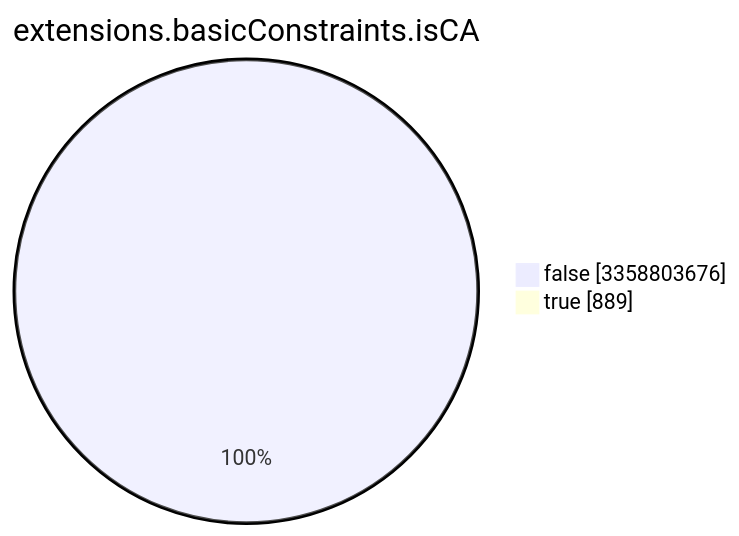
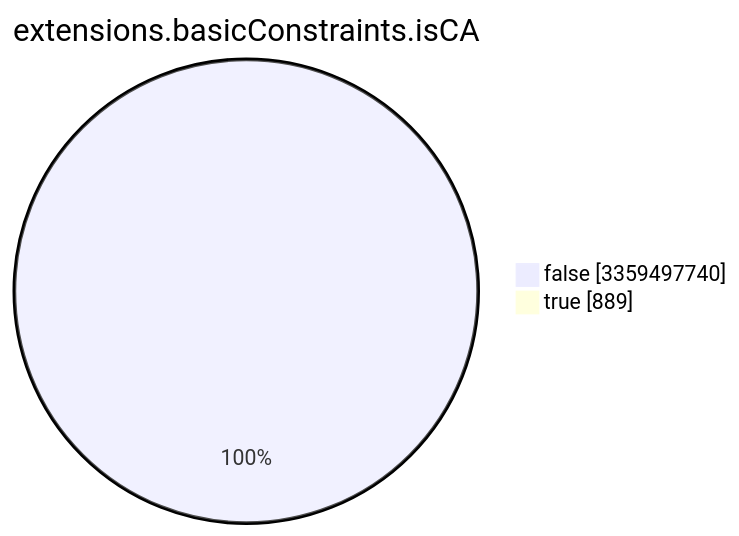
One commit to christiankrug/ctmonitor_visualization changed the seventh of 15 diagrams in TOTAL/README.md. Above: the diagram before and after it, drawn with Mermaid. The commit also changed other lines of this file, not shown here.

````diff
--- a/TOTAL/README.md
+++ b/TOTAL/README.md
@@ -3090,6 +3090,6 @@
 ```mermaid
 pie showData
 title extensions.basicConstraints.isCA
-"false" :3358803676
+"false" :3359497740
 "true" :889
 ```
````
